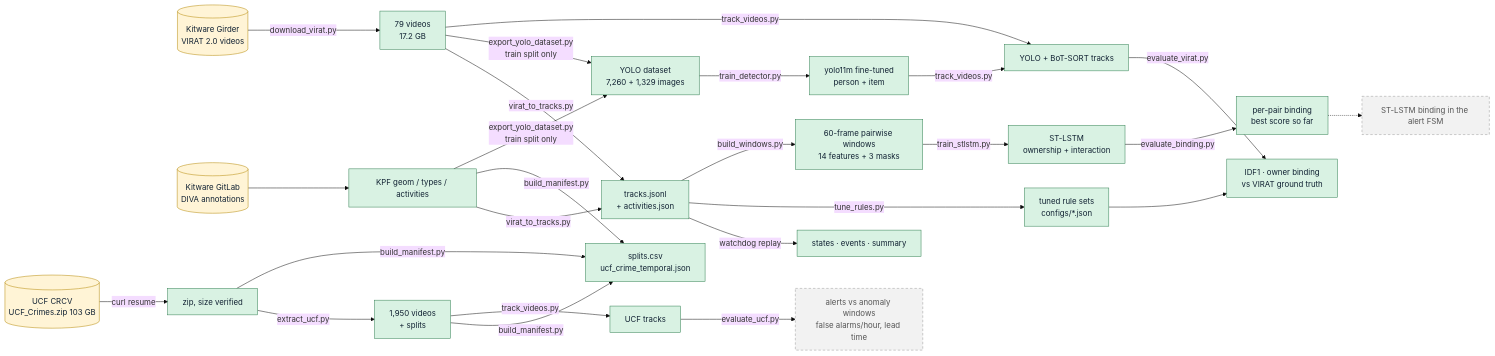
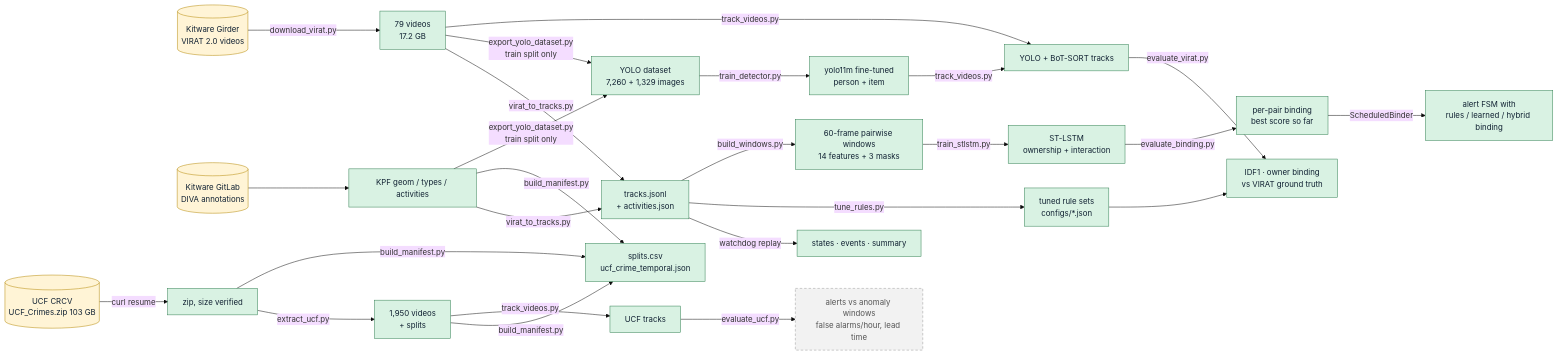
The fourth of 4 diagrams in docs/ARCHITECTURE.md (Tanu1007/WatchDog), drawn with Mermaid (base theme) before and after one commit. The commit also changed other lines of this file and 19 other files, not shown here.

First line of the commit message:
ST-LSTM owner binding inside the alert state machine

````diff
--- a/docs/ARCHITECTURE.md
+++ b/docs/ARCHITECTURE.md
@@ -111,32 +111,32 @@
 ```mermaid
 flowchart LR
     classDef src fill:#fff4d6,stroke:#b38600,color:#123;
     classDef done fill:#d9f2e3,stroke:#2e7d4f,color:#123;
     classDef todo fill:#f2f2f2,stroke:#999,stroke-dasharray:5 4,color:#555;
 
     K[("Kitware Girder<br/>VIRAT 2.0 videos")]:::src
     G[("Kitware GitLab<br/>DIVA annotations")]:::src
     U[("UCF CRCV<br/>UCF_Crimes.zip 103 GB")]:::src
 
     K -->|download_virat.py| VV["79 videos<br/>17.2 GB"]:::done
     G --> VA["KPF geom / types / activities"]:::done
     U -->|curl resume| UZ["zip, size verified"]:::done
     UZ -->|extract_ucf.py| UV["1,950 videos<br/>+ splits"]:::done
 
     VA & VV -->|virat_to_tracks.py| TJ["tracks.jsonl<br/>+ activities.json"]:::done
     TJ -->|watchdog replay| RUN["states · events · summary"]:::done
     VA & UV & UZ -->|build_manifest.py| SPL["splits.csv<br/>ucf_crime_temporal.json"]:::done
 
     VA & VV -->|export_yolo_dataset.py<br/>train split only| YD["YOLO dataset<br/>7,260 + 1,329 images"]:::done
     YD -->|train_detector.py| FT["yolo11m fine-tuned<br/>person + item"]:::done
     VV & FT -->|track_videos.py| DT["YOLO + BoT-SORT tracks"]:::done
     DT -->|evaluate_virat.py| EV["IDF1 · owner binding<br/>vs VIRAT ground truth"]:::done
     TJ -->|tune_rules.py| RS["tuned rule sets<br/>configs/*.json"]:::done
     RS --> EV
     UV -->|track_videos.py| UT["UCF tracks"]:::done
     UT -->|evaluate_ucf.py| UA["alerts vs anomaly windows<br/>false alarms/hour, lead time"]:::todo
     TJ -->|build_windows.py| WIN["60-frame pairwise windows<br/>14 features + 3 masks"]:::done
     WIN -->|train_stlstm.py| TR["ST-LSTM<br/>ownership + interaction"]:::done
     TR -->|evaluate_binding.py| PB["per-pair binding<br/>best score so far"]:::done
-    PB -.-> FSMX["ST-LSTM binding in the alert FSM"]:::todo
+    PB -->|ScheduledBinder| FSMX["alert FSM with<br/>rules / learned / hybrid binding"]:::done
 ```
````
